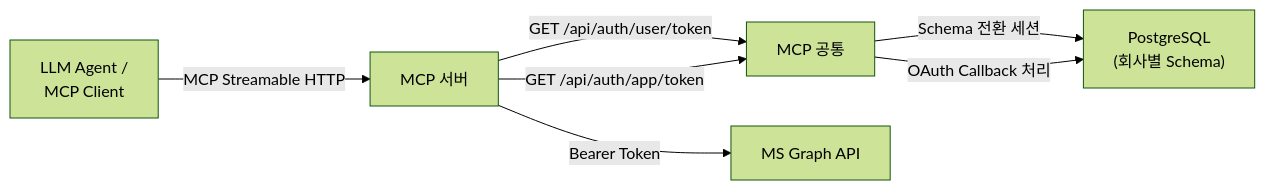
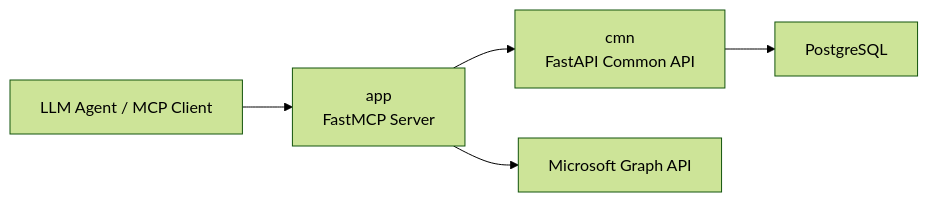
The first of 4 diagrams in README.md (leodev901/mcp-mail), drawn with Mermaid (forest theme) before and after one commit. The commit also changed other lines of this file and 2 other files, not shown here.

````diff
--- a/README.md
+++ b/README.md
@@ -18,15 +52,13 @@
 ```mermaid
-graph LR
-    Client["LLM Agent /\n MCP Client"]
-    APP["MCP 서버"]
-    CMN["MCP 공통"]
-    DB["PostgreSQL\n(회사별 Schema)"]
-    GRAPH["MS Graph API"]
+flowchart LR
+    Client["LLM Agent / MCP Client"]
+    App["app<br/>FastMCP Server"]
+    Cmn["cmn<br/>FastAPI Common API"]
+    DB["PostgreSQL"]
+    Graph["Microsoft Graph API"]
 
-    Client -->|MCP Streamable HTTP| APP
-    APP -->|GET /api/auth/user/token| CMN
-    APP -->|GET /api/auth/app/token| CMN
-    CMN -->|Schema 전환 세션| DB
-    APP -->|Bearer Token| GRAPH
-    CMN -->|OAuth Callback 처리| DB
+    Client --> App
+    App --> Cmn
+    Cmn --> DB
+    App --> Graph
 ```
````
